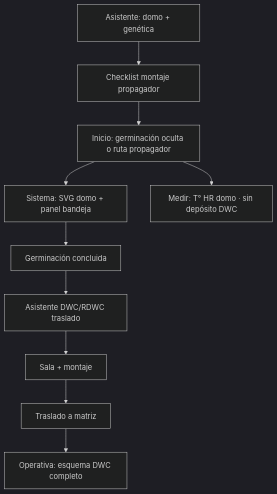
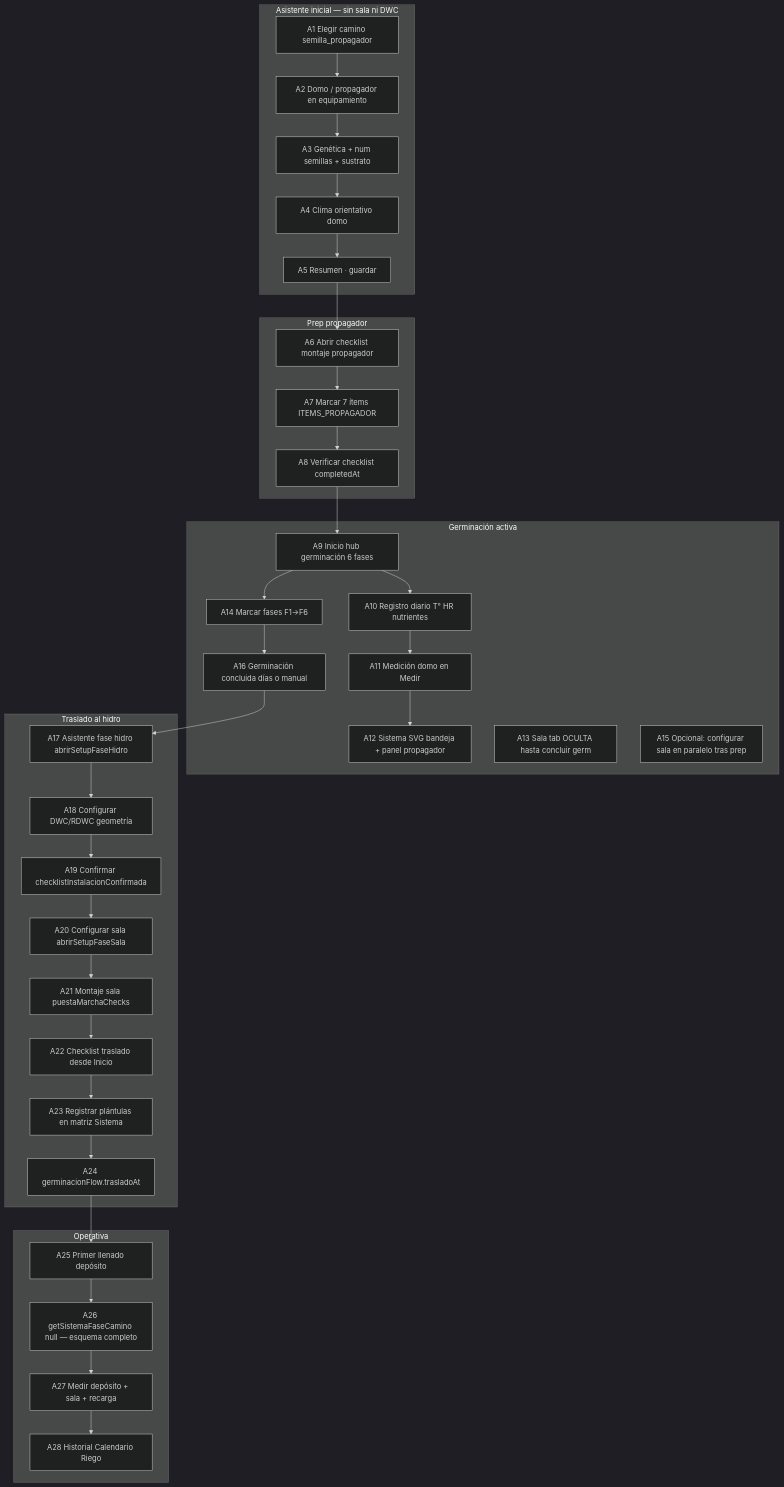
The seventh of 11 diagrams in docs/diagrama-flujo-hidrogrow.md (Debrin77/HidroGrow-web), drawn with Mermaid (dark theme) before and after one commit. The commit also changed other lines of this file, not shown here.

First line of the commit message:
docs: diagrama de flujo completo con todos los pasos por camino

````diff
--- a/docs/diagrama-flujo-hidrogrow.md
+++ b/docs/diagrama-flujo-hidrogrow.md
@@ -103,12 +181,46 @@
 ```mermaid
 flowchart TD
-  A1[Asistente: domo + genética] --> A2[Checklist montaje propagador]
-  A2 --> A3[Inicio: germinación oculta o ruta propagador]
-  A3 --> A4[Sistema: SVG domo + panel bandeja]
-  A3 --> A5[Medir: T° HR domo · sin depósito DWC]
-  A4 --> A6[Germinación concluida]
-  A6 --> A7[Asistente DWC/RDWC traslado]
-  A7 --> A8[Sala + montaje]
-  A8 --> A9[Traslado a matriz]
-  A9 --> A10[Operativa: esquema DWC completo]
+  subgraph ASIS[Asistente inicial — sin sala ni DWC]
+    AP1[A1 Elegir camino semilla_propagador]
+    AP2[A2 Domo / propagador en equipamiento]
+    AP3[A3 Genética + num semillas + sustrato]
+    AP4[A4 Clima orientativo domo]
+    AP5[A5 Resumen · guardar]
+  end
+  subgraph PREP[Prep propagador]
+    AP6[A6 Abrir checklist montaje propagador]
+    AP7[A7 Marcar 7 ítems ITEMS_PROPAGADOR]
+    AP8[A8 Verificar checklist completedAt]
+  end
+  subgraph GERM[Germinación activa]
+    AP9[A9 Inicio hub germinación 6 fases]
+    AP10[A10 Registro diario T° HR nutrientes]
+    AP11[A11 Medición domo en Medir]
+    AP12[A12 Sistema SVG bandeja + panel propagador]
+    AP13[A13 Sala tab OCULTA hasta concluir germ]
+    AP14[A14 Marcar fases F1→F6]
+    AP15[A15 Opcional: configurar sala en paralelo tras prep]
+    AP16[A16 Germinación concluida días o manual]
+  end
+  subgraph TRAS[Traslado al hidro]
+    AP17[A17 Asistente fase hidro abrirSetupFaseHidro]
+    AP18[A18 Configurar DWC/RDWC geometría]
+    AP19[A19 Confirmar checklistInstalacionConfirmada]
+    AP20[A20 Configurar sala abrirSetupFaseSala]
+    AP21[A21 Montaje sala puestaMarchaChecks]
+    AP22[A22 Checklist traslado desde Inicio]
+    AP23[A23 Registrar plántulas en matriz Sistema]
+    AP24[A24 germinacionFlow.trasladoAt]
+  end
+  subgraph OP[Operativa]
+    AP25[A25 Primer llenado depósito]
+    AP26[A26 getSistemaFaseCamino null — esquema completo]
+    AP27[A27 Medir depósito + sala + recarga]
+    AP28[A28 Historial Calendario Riego]
+  end
+  AP1 --> AP2 --> AP3 --> AP4 --> AP5 --> AP6 --> AP7 --> AP8
+  AP8 --> AP9 --> AP10 --> AP11 --> AP12
+  AP9 --> AP14 --> AP16
+  AP16 --> AP17 --> AP18 --> AP19 --> AP20 --> AP21 --> AP22 --> AP23 --> AP24
+  AP24 --> AP25 --> AP26 --> AP27 --> AP28
 ```
````
